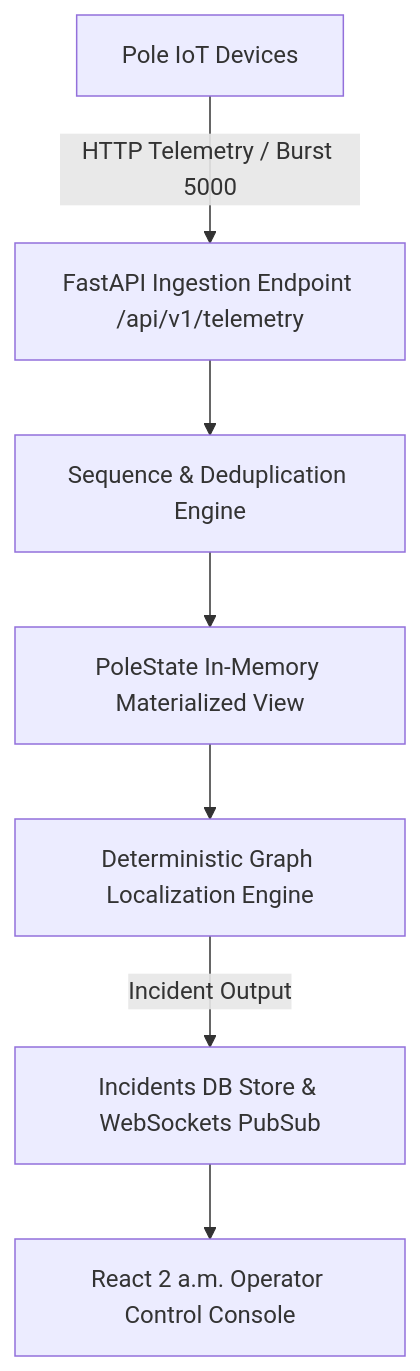
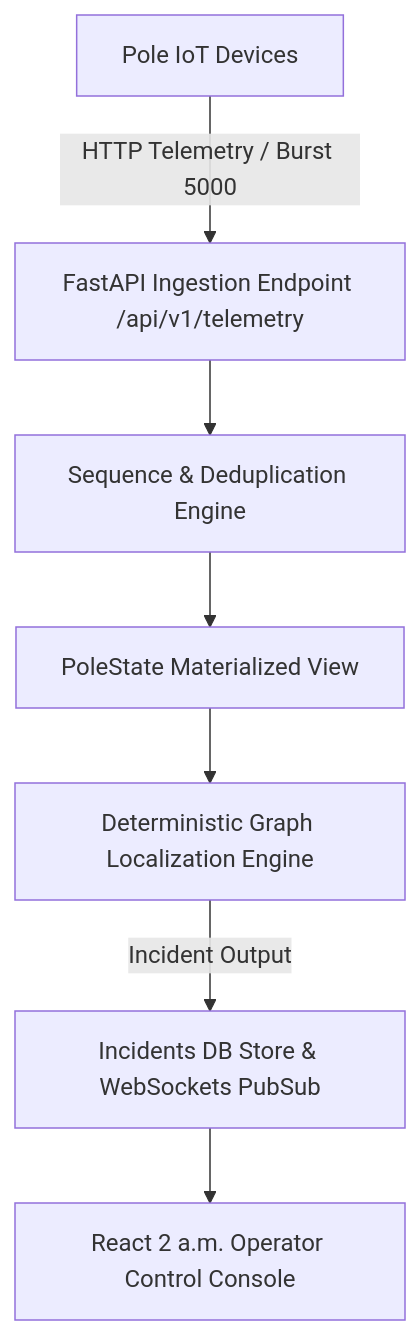
Before and after one commit to adityapichikala/prophel: the diagram in ARCHITECTURE.md, drawn with Mermaid. The commit also changed other lines of this file and 2 other files, not shown here.

Commit message:
docs: remove external key stubs and refine architecture and workflow documentation

````diff
--- a/ARCHITECTURE.md
+++ b/ARCHITECTURE.md
@@ -7,9 +7,9 @@
 ```mermaid
 graph TD
   A[Pole IoT Devices] -->|HTTP Telemetry / Burst 5000| B[FastAPI Ingestion Endpoint /api/v1/telemetry]
   B --> C[Sequence & Deduplication Engine]
-  C --> D[PoleState In-Memory Materialized View]
+  C --> D[PoleState Materialized View]
   D --> E[Deterministic Graph Localization Engine]
   E -->|Incident Output| F[Incidents DB Store & WebSockets PubSub]
   F --> G[React 2 a.m. Operator Control Console]
 ```
````
